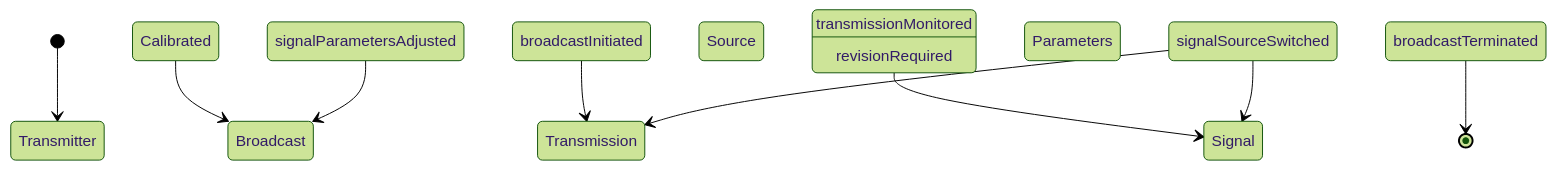
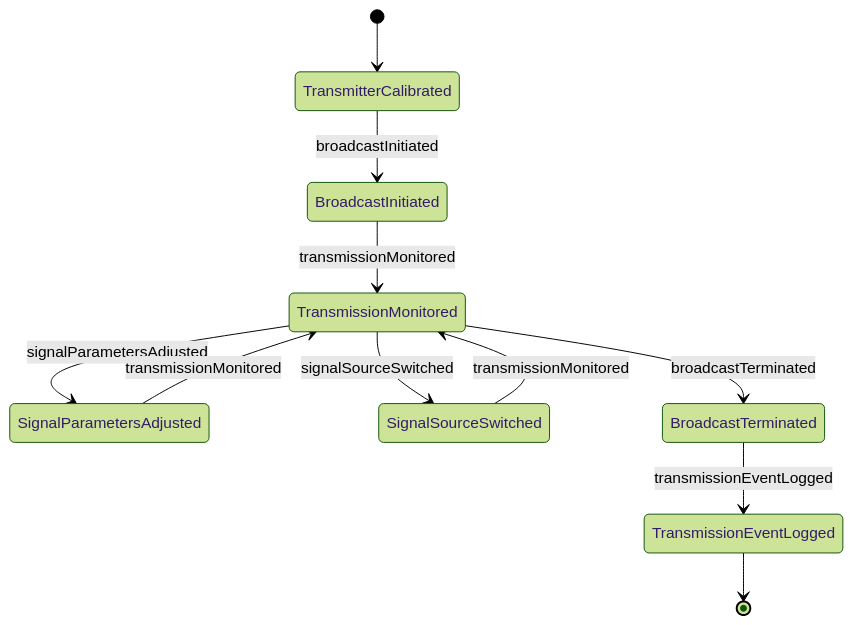
One commit to dot-org-ai/tasks.org.ai changed the second of 4 diagrams in ControllingMachinesAndProcesses/OperateCommunicationsEquipmentOrSystems/OperateCommunicationsTransmissionsBroadcastingEqui.mdx. Above: the diagram before and after it, drawn with Mermaid (forest theme). The commit also changed other lines of this file and 515 other files, not shown here.

````diff
--- a/ControllingMachinesAndProcesses/OperateCommunicationsEquipmentOrSystems/OperateCommunicationsTransmissionsBroadcastingEqui.mdx
+++ b/ControllingMachinesAndProcesses/OperateCommunicationsEquipmentOrSystems/OperateCommunicationsTransmissionsBroadcastingEqui.mdx
@@ -98,11 +98,13 @@
 ```mermaid
 stateDiagram-v2
-    [*] --> Transmitter Calibrated
-    Transmitter Calibrated --> Broadcast Initiated : broadcastInitiated
-    Broadcast Initiated --> Transmission Monitored : transmissionMonitored
-    Transmission Monitored --> Signal Source Switched : signalSourceSwitched
-    Signal Source Switched --> Signal Parameters Adjusted : signalParametersAdjusted
-    Signal Parameters Adjusted --> Broadcast Terminated : broadcastTerminated
-    Signal Source Switched --> Transmission Monitored : revisionRequired
-    Broadcast Terminated --> [*]
+    [*] --> TransmitterCalibrated
+    TransmitterCalibrated --> BroadcastInitiated : broadcastInitiated
+    BroadcastInitiated --> TransmissionMonitored : transmissionMonitored
+    TransmissionMonitored --> SignalParametersAdjusted : signalParametersAdjusted
+    SignalParametersAdjusted --> TransmissionMonitored : transmissionMonitored
+    TransmissionMonitored --> SignalSourceSwitched : signalSourceSwitched
+    SignalSourceSwitched --> TransmissionMonitored : transmissionMonitored
+    TransmissionMonitored --> BroadcastTerminated : broadcastTerminated
+    BroadcastTerminated --> TransmissionEventLogged : transmissionEventLogged
+    TransmissionEventLogged --> [*]
 ```
````
